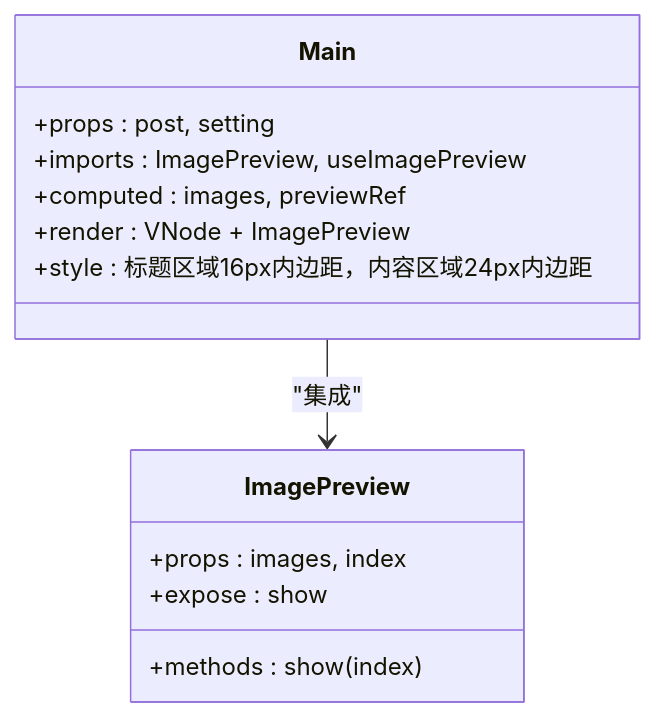
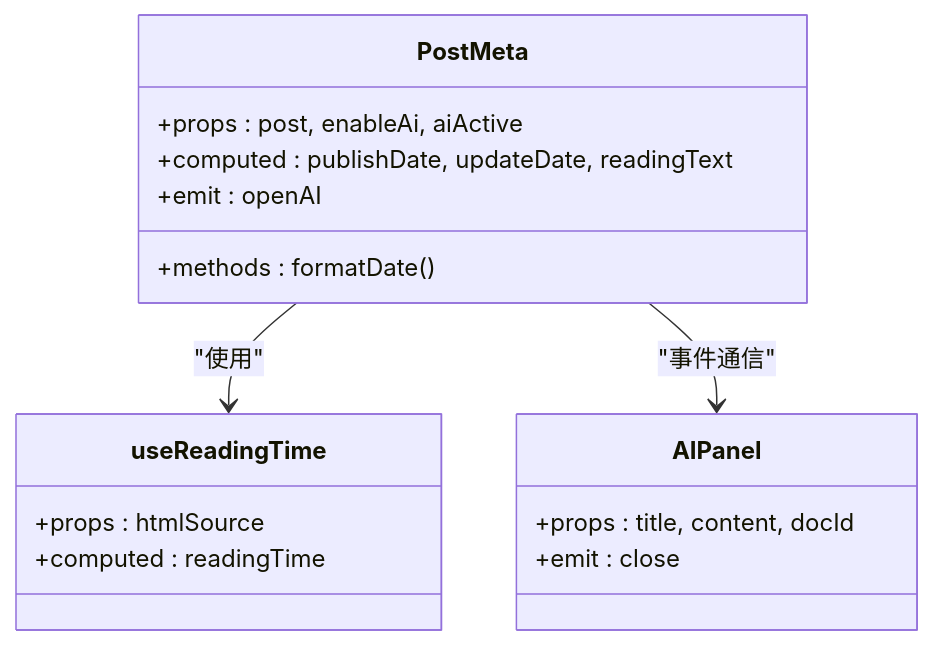
The sixth of 8 diagrams in .qoder/repowiki/zh/content/核心功能/UI 组件系统/内容组件.md (terwer/siyuan-plugin-blog), drawn with Mermaid before and after one commit. The commit also changed other lines of this file and 31 other files, not shown here.

````diff
--- a/.qoder/repowiki/zh/content/核心功能/UI 组件系统/内容组件.md
+++ b/.qoder/repowiki/zh/content/核心功能/UI 组件系统/内容组件.md
@@ -295,16 +335,19 @@
 ```mermaid
 classDiagram
-class Main {
-+props : post, setting
-+imports : ImagePreview, useImagePreview
-+computed : images, previewRef
-+render : VNode + ImagePreview
-+style : 标题区域16px内边距，内容区域24px内边距
+class PostMeta {
++props : post, enableAi, aiActive
++computed : publishDate, updateDate, readingText
++emit : openAI
++methods : formatDate()
 }
-class ImagePreview {
-+props : images, index
-+methods : show(index)
-+expose : show
+class useReadingTime {
++props : htmlSource
++computed : readingTime
 }
-Main --> ImagePreview : "集成"
+class AIPanel {
++props : title, content, docId
++emit : close
+}
+PostMeta --> useReadingTime : "使用"
+PostMeta --> AIPanel : "事件通信"
 ```
````
